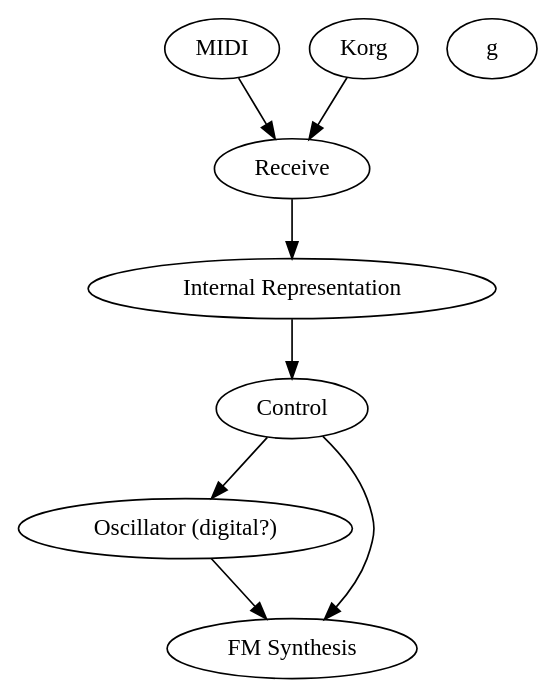
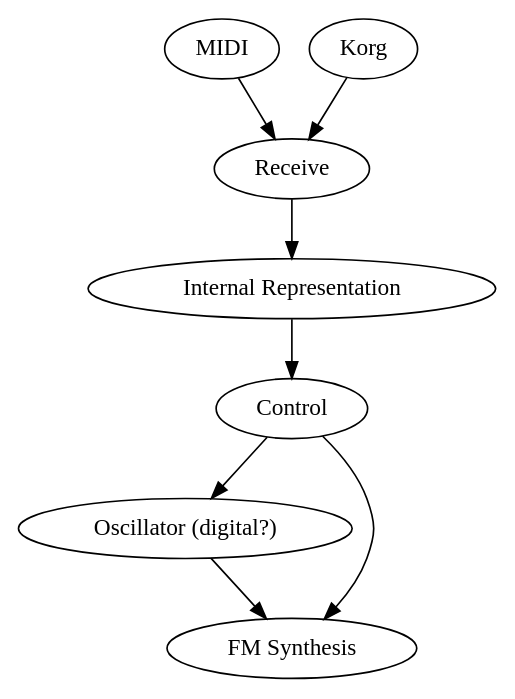
One commit to dcunited001/zettelkasten changed the diagram in projects/music/index.org. Above: the diagram before and after it, drawn with Graphviz. The commit also changed 29 other files, not shown here.

```diff
--- a/projects/music/index.org
+++ b/projects/music/index.org
@@ -22,19 +22,19 @@
 #+begin_src dot :file img/dot/dot_test.png :cmdline -Kdot -Tpng
 
 digraph {
 
 A [label="MIDI"]
-B [label="Korg"]g
+B [label="Korg"]
 C [label="Receive"]
 D [label="Internal Representation"]
 E [label="Control"]
 F [label="Oscillator (digital?)"]
 G [label="FM Synthesis"]
 
 A -> C
 B -> C -> D -> E -> F -> G
 E -> G
 
 }
 
 #+end_src
```
